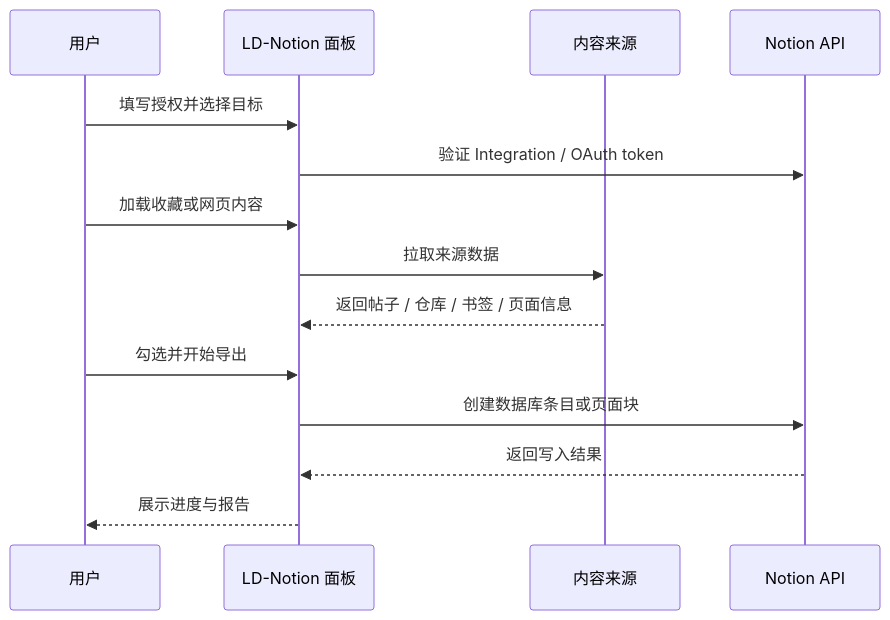
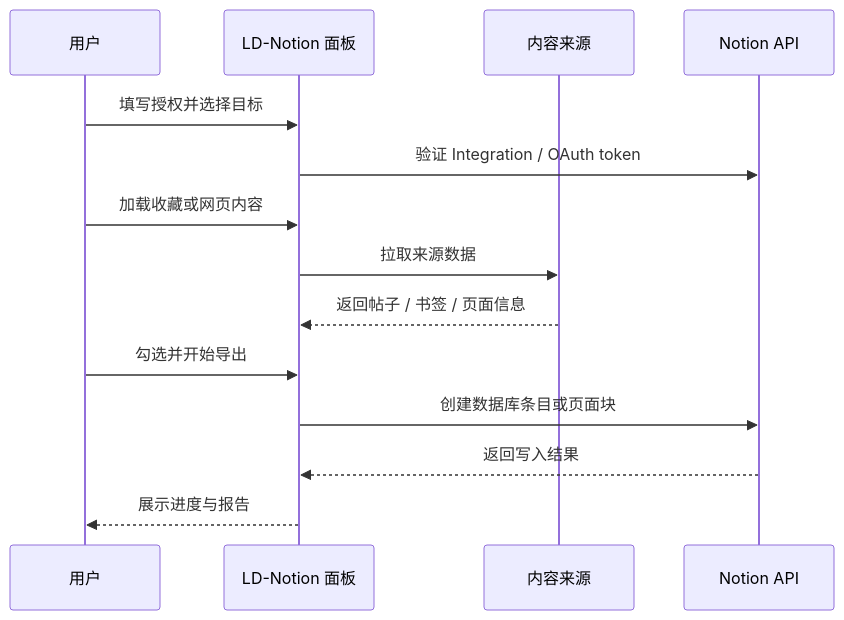
One commit to Smith-106/LD-Notion changed the diagram in docs/guide/getting-started.md. Above: the diagram before and after it, drawn with Mermaid. The commit also changed other lines of this file and 100 other files, not shown here.

````diff
--- a/docs/guide/getting-started.md
+++ b/docs/guide/getting-started.md
@@ -29,17 +31,17 @@
 ```mermaid
 sequenceDiagram
   participant User as 用户
   participant Panel as LD-Notion 面板
   participant Source as 内容来源
   participant Notion as Notion API
 
   User->>Panel: 填写授权并选择目标
   Panel->>Notion: 验证 Integration / OAuth token
   User->>Panel: 加载收藏或网页内容
   Panel->>Source: 拉取来源数据
-  Source-->>Panel: 返回帖子 / 仓库 / 书签 / 页面信息
+  Source-->>Panel: 返回帖子 / 书签 / 页面信息
   User->>Panel: 勾选并开始导出
   Panel->>Notion: 创建数据库条目或页面块
   Notion-->>Panel: 返回写入结果
   Panel-->>User: 展示进度与报告
 ```
````
